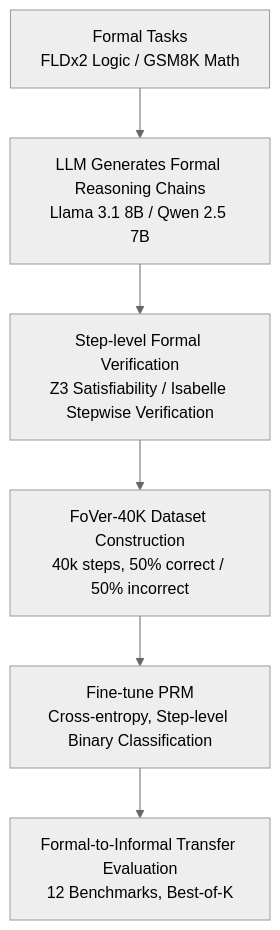
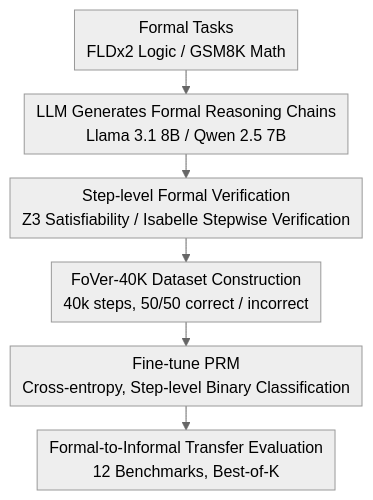
The diagram in docs/ACL2026/llm_reasoning/efficient_prm_training_data_synthesis_via_formal_verification.md (zhaoyang97/Paper-Notes-en), drawn with Mermaid (neutral theme) before and after one commit. The commit also changed other lines of this file and 5084 other files, not shown here.

````diff
--- a/docs/ACL2026/llm_reasoning/efficient_prm_training_data_synthesis_via_formal_verification.md
+++ b/docs/ACL2026/llm_reasoning/efficient_prm_training_data_synthesis_via_formal_verification.md
@@ -47,8 +47,9 @@
 ```mermaid
-graph TD
+%%{init: {'flowchart': {'rankSpacing': 24, 'nodeSpacing': 28, 'padding': 6, 'wrappingWidth': 400}}}%%
+flowchart TD
     A["Formal Tasks<br/>FLDx2 Logic / GSM8K Math"] --> B["LLM Generates Formal Reasoning Chains<br/>Llama 3.1 8B / Qwen 2.5 7B"]
     B --> C["Step-level Formal Verification<br/>Z3 Satisfiability / Isabelle Stepwise Verification"]
-    C --> D["FoVer-40K Dataset Construction<br/>40k steps, 50% correct / 50% incorrect"]
+    C --> D["FoVer-40K Dataset Construction<br/>40k steps, 50/50 correct / incorrect"]
     D --> E["Fine-tune PRM<br/>Cross-entropy, Step-level Binary Classification"]
     E --> F["Formal-to-Informal Transfer Evaluation<br/>12 Benchmarks, Best-of-K"]
 ```
````
